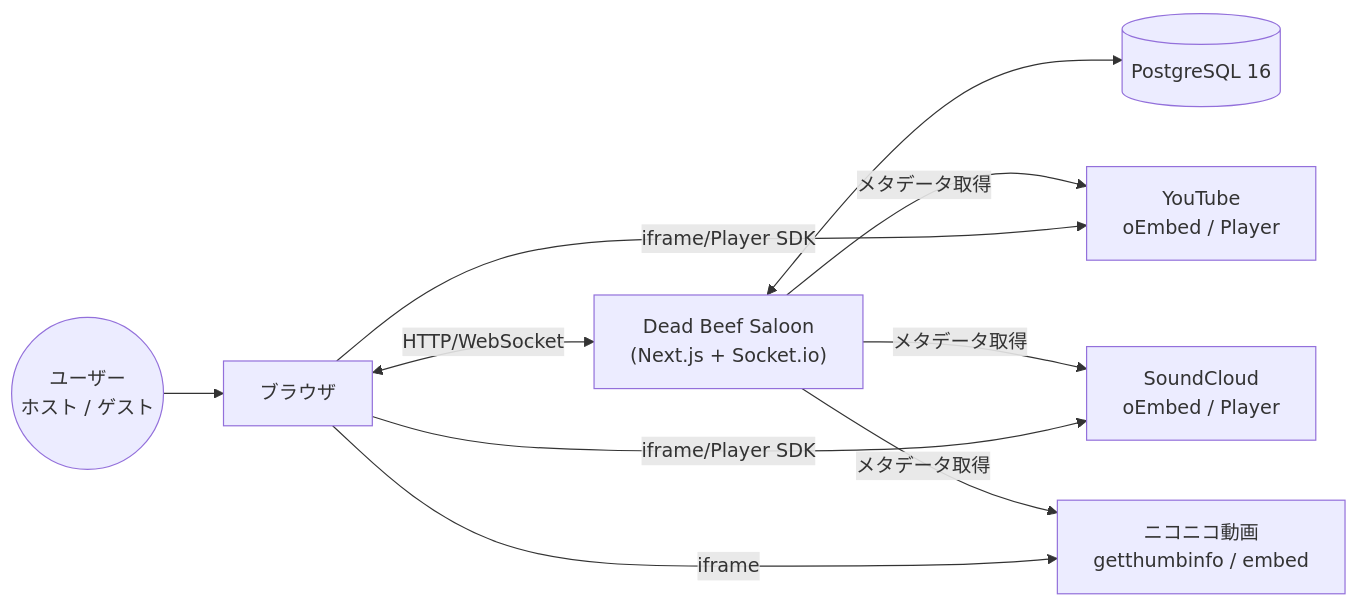
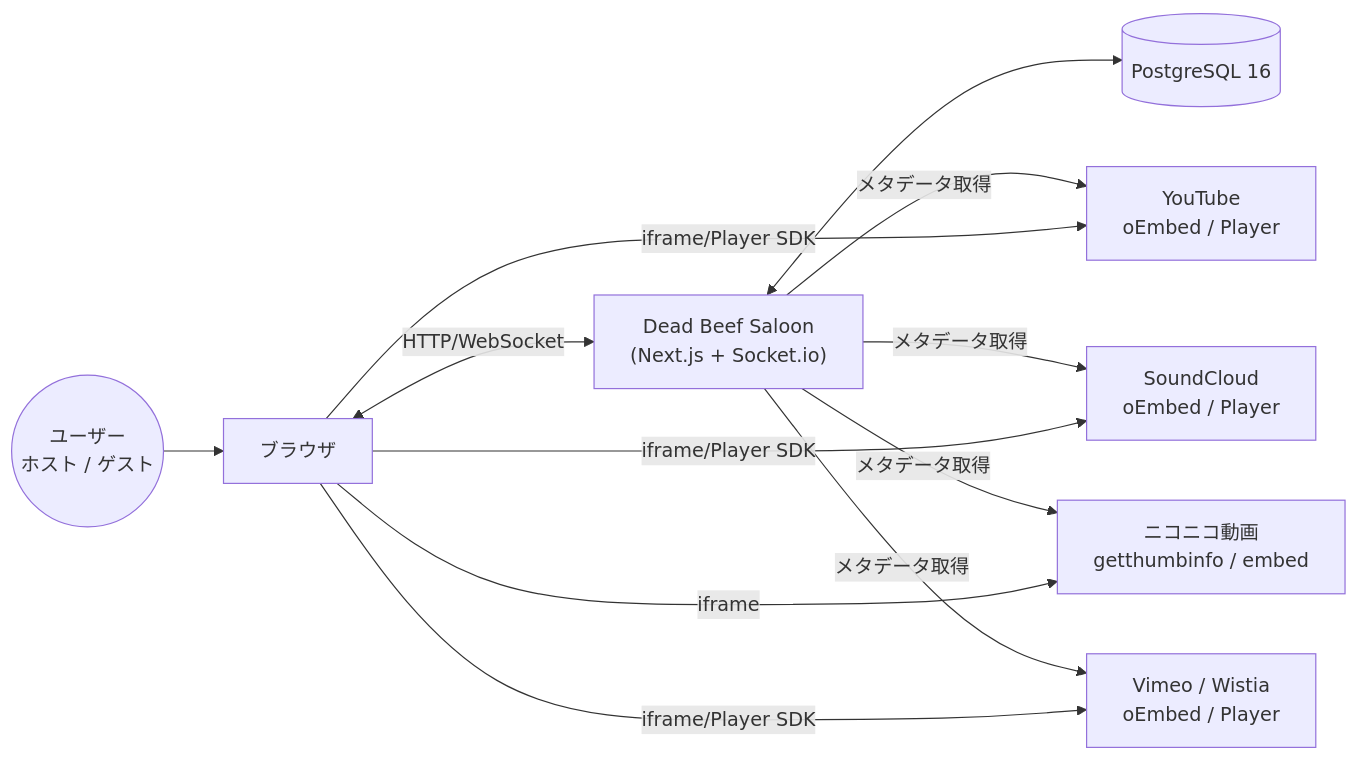
One commit to zagan-the-gun/XW-1 changed the first of 6 diagrams in docs/architecture.md. Above: the diagram before and after it, drawn with Mermaid. The commit also changed other lines of this file and 17 other files, not shown here.

````diff
--- a/docs/architecture.md
+++ b/docs/architecture.md
@@ -8,20 +8,23 @@
 ```mermaid
 flowchart LR
     User((ユーザー<br/>ホスト / ゲスト))
     Browser[ブラウザ]
     App["Dead Beef Saloon<br/>(Next.js + Socket.io)"]
     DB[(PostgreSQL 16)]
     YT[YouTube<br/>oEmbed / Player]
     SC[SoundCloud<br/>oEmbed / Player]
     NICO[ニコニコ動画<br/>getthumbinfo / embed]
+    OTHER[Vimeo / Wistia<br/>oEmbed / Player]
 
     User --> Browser
     Browser <-->|HTTP/WebSocket| App
     App <--> DB
     App -->|メタデータ取得| YT
     App -->|メタデータ取得| SC
     App -->|メタデータ取得| NICO
+    App -->|メタデータ取得| OTHER
     Browser -->|iframe/Player SDK| YT
     Browser -->|iframe/Player SDK| SC
     Browser -->|iframe| NICO
+    Browser -->|iframe/Player SDK| OTHER
 ```
````
